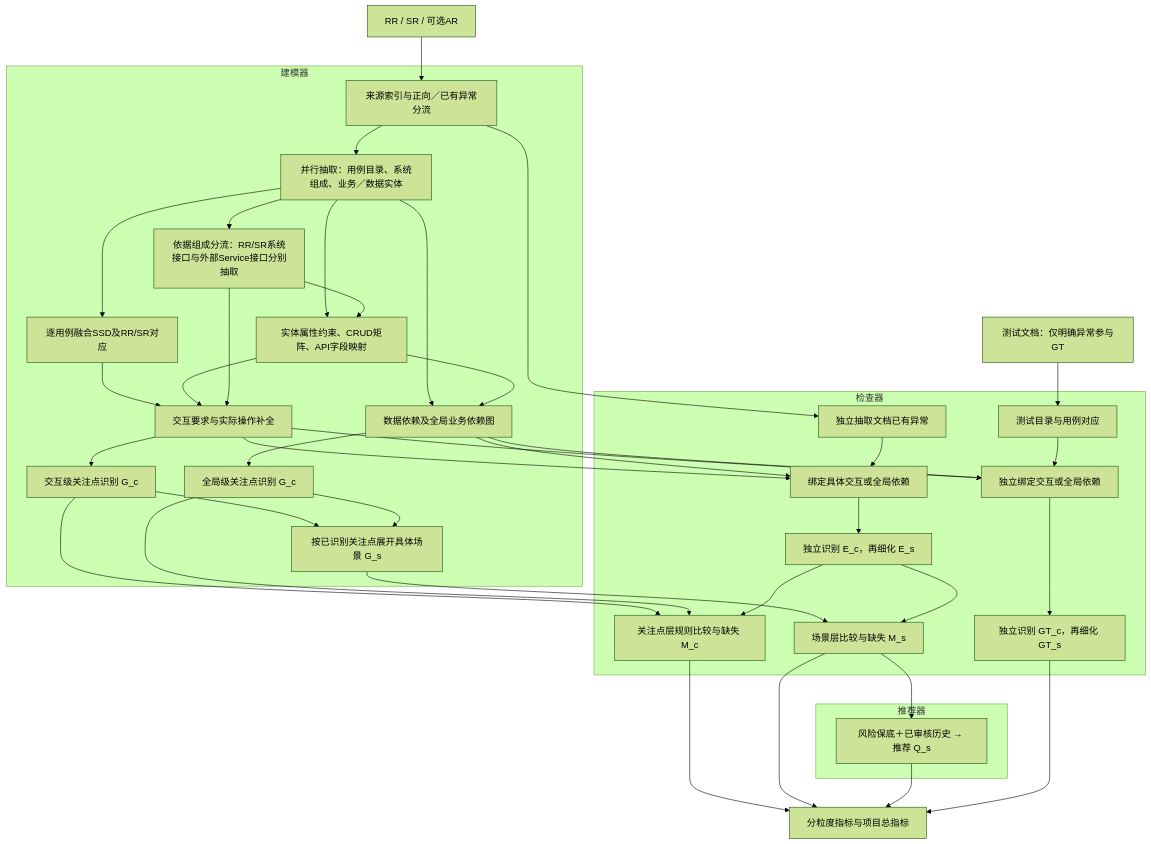
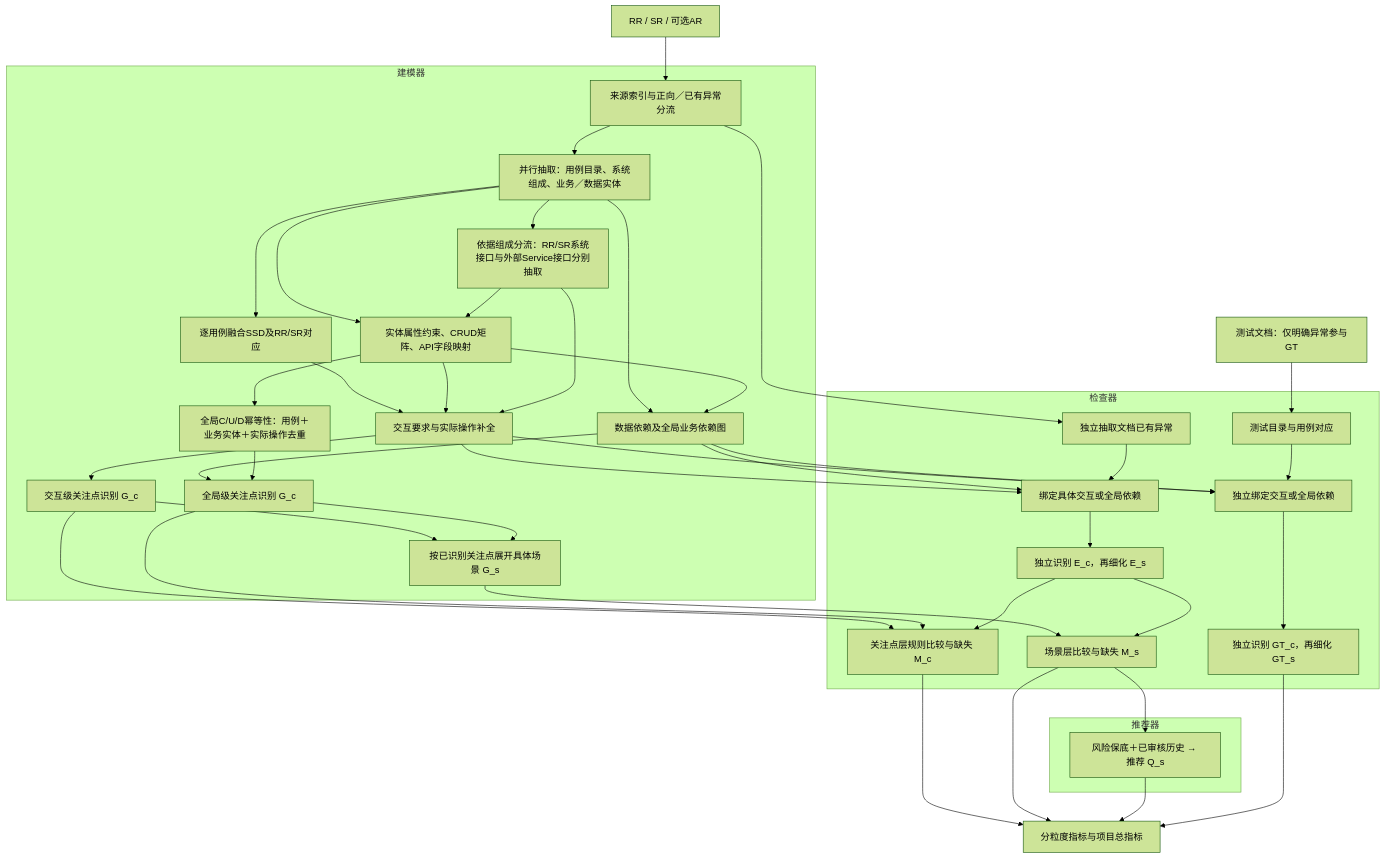
The diagram in README.md (Yangkailiang1/Scene_Completion), drawn with Mermaid (forest theme) before and after one commit. The commit also changed other lines of this file and 67 other files, not shown here.

````diff
--- a/README.md
+++ b/README.md
@@ -43,48 +43,50 @@
 ```mermaid
 flowchart TB
     SRC["RR / SR / 可选AR"] --> IDX["来源索引与正向／已有异常分流"]
     TEST["测试文档：仅明确异常参与GT"] --> TI["测试目录与用例对应"]
 
     subgraph MODEL["建模器"]
         IDX --> SHARED["并行抽取：用例目录、系统组成、业务／数据实体"]
         SHARED --> API["依据组成分流：RR/SR系统接口与外部Service接口分别抽取"]
         SHARED --> SSD["逐用例融合SSD及RR/SR对应"]
         SHARED --> ENTITY["实体属性约束、CRUD矩阵、API字段映射"]
         API --> ENTITY
         SSD --> LOCAL["交互要求与实际操作补全"]
         ENTITY --> LOCAL
         API --> LOCAL
         SHARED --> DEP["数据依赖及全局业务依赖图"]
         ENTITY --> DEP
         LOCAL --> GC["交互级关注点识别 G_c"]
         DEP --> GGC["全局级关注点识别 G_c"]
+        ENTITY --> IDEM["全局C/U/D幂等性：用例＋业务实体＋实际操作去重"]
+        IDEM --> GGC
         GC --> GS["按已识别关注点展开具体场景 G_s"]
         GGC --> GS
     end
 
     subgraph CHECK["检查器"]
         IDX --> EB["独立抽取文档已有异常"]
         EB --> EBIND["绑定具体交互或全局依赖"]
         TI --> TBIND["独立绑定交互或全局依赖"]
         LOCAL --> EBIND
         DEP --> EBIND
         LOCAL --> TBIND
         DEP --> TBIND
         EBIND --> E["独立识别 E_c，再细化 E_s"]
         TBIND --> GT["独立识别 GT_c，再细化 GT_s"]
         GC --> CC["关注点层规则比较与缺失 M_c"]
         GGC --> CC
         E --> CC
         GS --> SC["场景层比较与缺失 M_s"]
         E --> SC
     end
 
     subgraph REC["推荐器"]
         SC --> Q["风险保底＋已审核历史 → 推荐 Q_s"]
     end
 
     CC --> MET["分粒度指标与项目总指标"]
     SC --> MET
     Q --> MET
     GT --> MET
 ```
````
